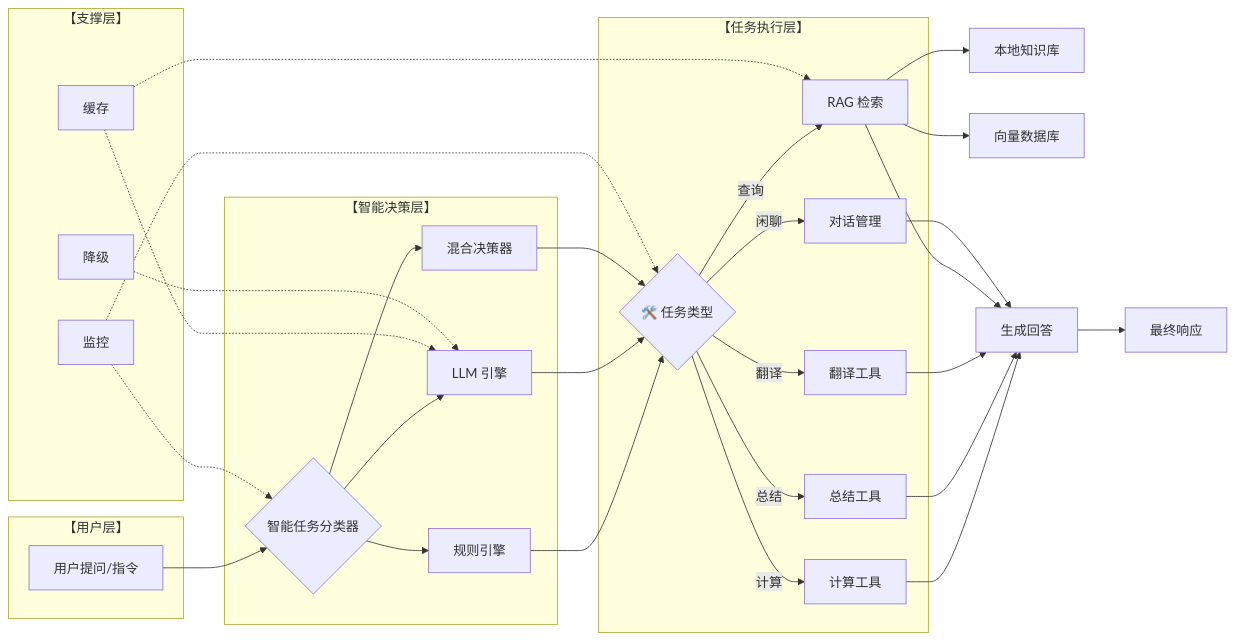
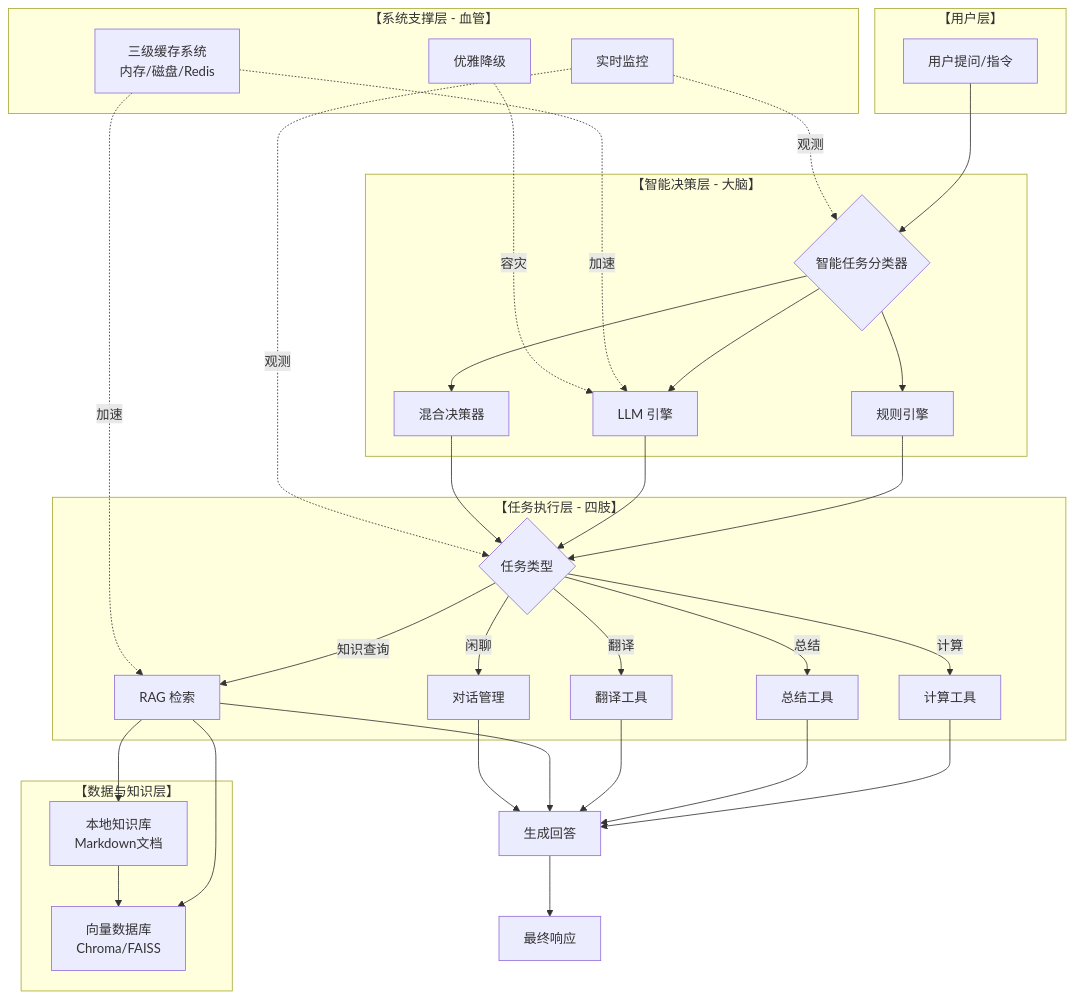
One commit to yangdongsheng02/HZ_AI changed the diagram in README.md. Above: the diagram before and after it, drawn with Mermaid.

````diff
--- a/README.md
+++ b/README.md
@@ -2,48 +1,63 @@
 ```mermaid
-graph LR
+graph TB
     subgraph "【用户层】"
         A[ 用户提问/指令]
     end
 
-    subgraph "【智能决策层】"
+    subgraph "【智能决策层 - 大脑】"
         B{ 智能任务分类器}
         C[ 规则引擎]
         D[ LLM 引擎]
         E[ 混合决策器]
     end
 
+    subgraph "【任务执行层 - 四肢】"
+        F{ 任务类型}
+        G[ 计算工具]
+        H[ 总结工具]
+        I[ 翻译工具]
+        J[ RAG 检索]
+        K[ 对话管理]
+    end
+
+    subgraph "【数据与知识层】"
+        L[ 本地知识库<br>Markdown文档]
+        M[ 向量数据库<br>Chroma/FAISS]
+    end
+
+    subgraph "【系统支撑层 - 血管】"
+        N[ 三级缓存系统<br>内存/磁盘/Redis]
+        O[ 优雅降级]
+        P[ 实时监控]
+    end
+
     A --> B
     B --> C
     B --> D
     B --> E
-    
-    C --> F{🛠️ 任务类型}
+    C --> F
     D --> F
     E --> F
     
-    subgraph "【任务执行层】"
-        F -->|计算| G[ 计算工具]
-        F -->|总结| H[ 总结工具]
-        F -->|翻译| I[ 翻译工具]
-        F -->|查询| J[ RAG 检索]
-        F -->|闲聊| K[ 对话管理]
-    end
+    F -->|计算| G
+    F -->|总结| H
+    F -->|翻译| I
+    F -->|知识查询| J
+    F -->|闲聊| K
     
-    J --> L[ 本地知识库]
-    J --> M[ 向量数据库]
+    J --> L
+    J --> M
+    L --> M
     
-    subgraph "【支撑层】"
-        N[ 缓存] -.-> D
-        N -.-> J
-        O[ 降级] -.-> D
-        P[ 监控] -.-> B & F
-    end
+    N -.->|加速| D & J
+    O -.->|容灾| D
+    P -.->|观测| B & F
     
     G --> Q[ 生成回答]
     H --> Q
     I --> Q
     J --> Q
     K --> Q
     
     Q --> R[ 最终响应]
 ```
````
